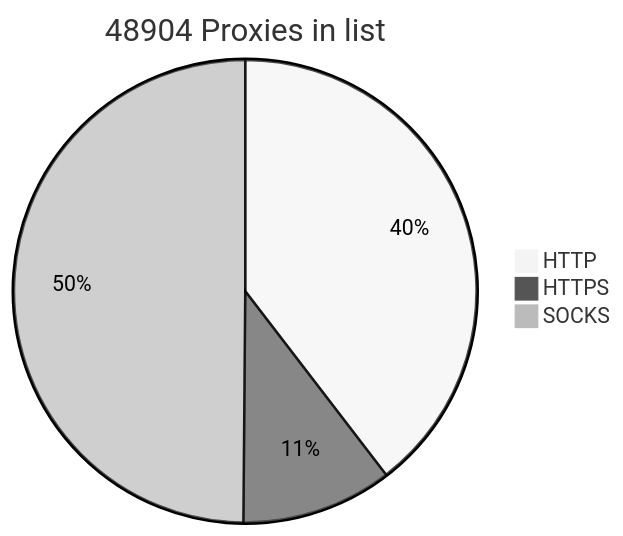
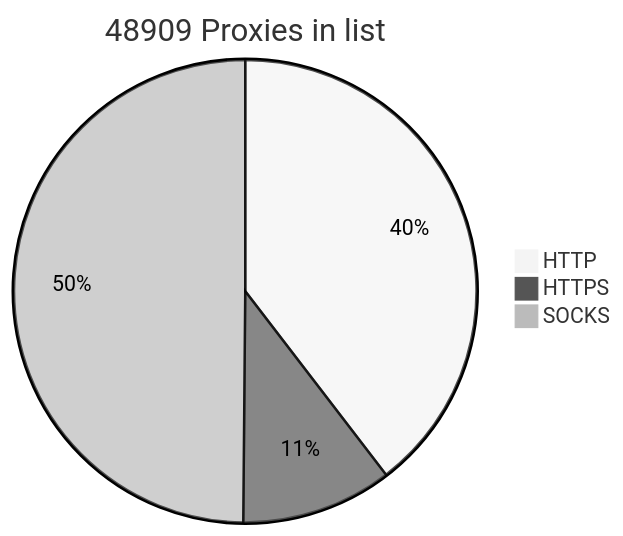
The diagram in README.md (BlackSnowDot/proxylist-update-every-minute), drawn with Mermaid (neutral theme) before and after one commit.

````diff
--- a/README.md
+++ b/README.md
@@ -2,6 +2,6 @@
 ```mermaid
-pie title 48904 Proxies in list
-    "HTTP" : 21346
-    "HTTPS": 5690
+pie title 48909 Proxies in list
+    "HTTP" : 21351
+    "HTTPS": 5694
     "SOCKS" : 26898
 ```
````
